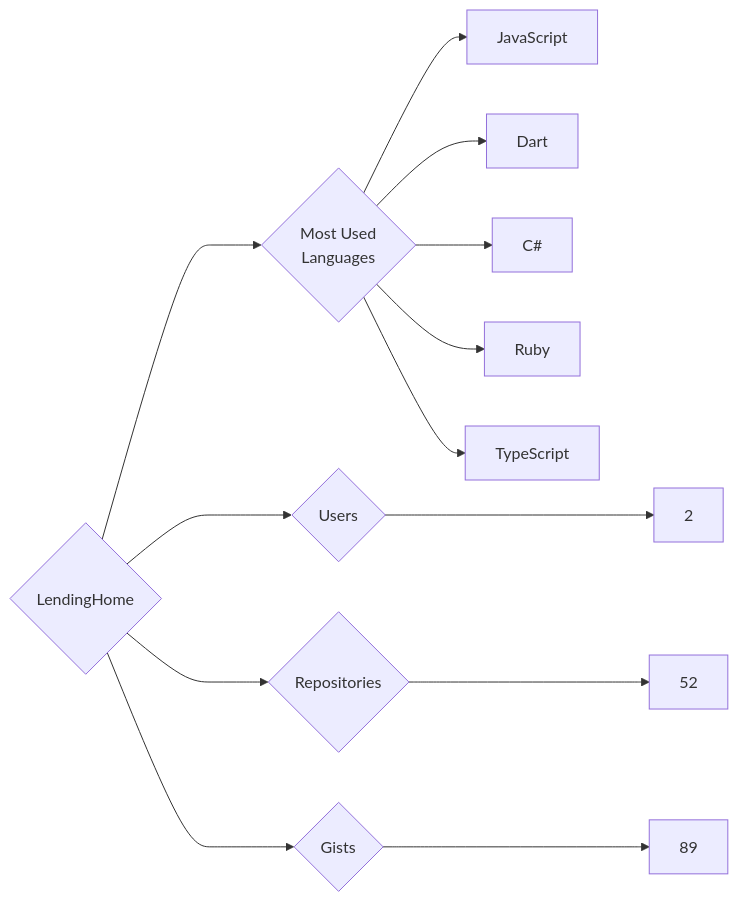
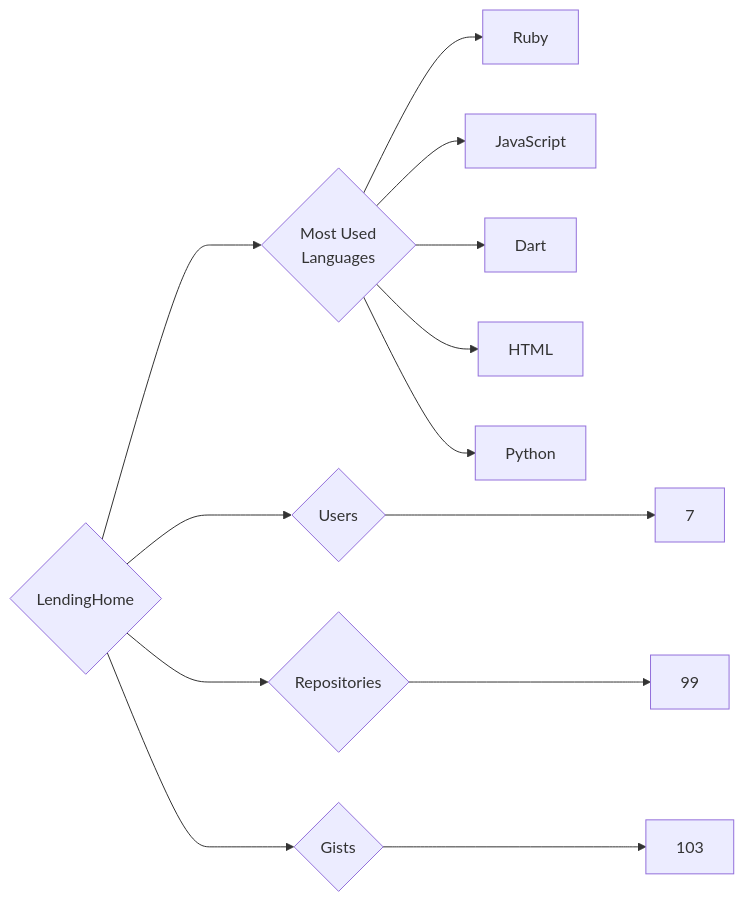
One commit to trickest/insiders changed the diagram in targets/LendingHome/README.md. Above: the diagram before and after it, drawn with Mermaid. The commit also changed 693 other files, not shown here.

````diff
--- a/targets/LendingHome/README.md
+++ b/targets/LendingHome/README.md
@@ -3,13 +3,13 @@
 ```mermaid
 graph LR
 COMPANY_NAME{LendingHome}
-COMPANY_NAME ---> U{Users} ---> UN[2]
-COMPANY_NAME ---> R{Repositories} ---> RN[52]
-COMPANY_NAME ---> G{Gists} ---> GN[89]
+COMPANY_NAME ---> U{Users} ---> UN[7]
+COMPANY_NAME ---> R{Repositories} ---> RN[99]
+COMPANY_NAME ---> G{Gists} ---> GN[103]
 COMPANY_NAME ---> ML{Most Used<br>Languages}
+ML --> Ruby[Ruby]
 ML --> JavaScript[JavaScript]
 ML --> Dart[Dart]
-ML --> C#[C#]
-ML --> Ruby[Ruby]
-ML --> TypeScript[TypeScript]
+ML --> HTML[HTML]
+ML --> Python[Python]
 ```
````
